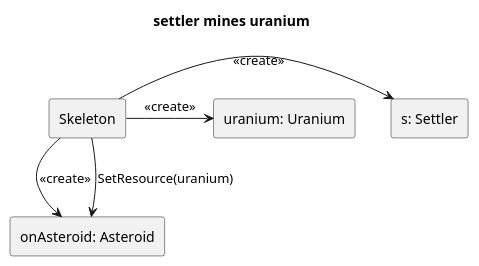
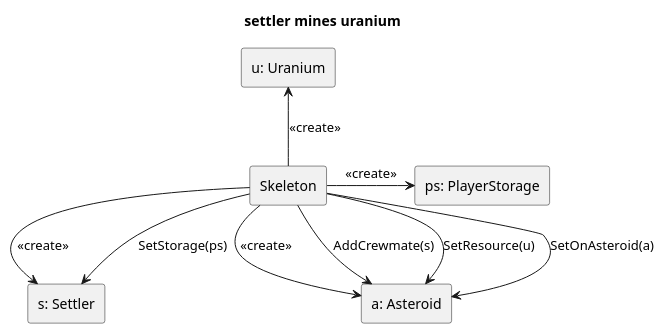
The diagram in uml/plantuml/settler mines uranium/settler mines uranium init.plantuml (triszt4n/projlab_holy_oil), drawn with PlantUML before and after one commit. The commit also changed 11 other files, not shown here.

```diff
--- a/uml/plantuml/settler mines uranium/settler mines uranium init.plantuml
+++ b/uml/plantuml/settler mines uranium/settler mines uranium init.plantuml
@@ -1,19 +1,25 @@
 @startuml
 
 skinparam SequenceLifeLineBackgroundColor LightYellow
 
 title "settler mines uranium"
 
+rectangle "ps: PlayerStorage" as storage
 rectangle "s: Settler" as settler
-rectangle "onAsteroid: Asteroid" as onAsteroid
-rectangle "uranium: Uranium" as uranium
+rectangle "a: Asteroid" as onAsteroid
+
 rectangle "Skeleton" as skeleton
+rectangle "u: Uranium" as uranium
 
 skeleton->settler : <<create>>
 skeleton->onAsteroid: <<create>>
-skeleton->uranium: <<create>>
+skeleton-up->uranium: <<create>>
+skeleton->storage: <<create>>
 
-skeleton-down->onAsteroid: SetResource(uranium)
+skeleton-down->onAsteroid: SetResource(u)
+skeleton->onAsteroid: AddCrewmate(s)
+skeleton-down->onAsteroid: SetOnAsteroid(a)
+skeleton-up->settler: SetStorage(ps)
 
 
 @enduml
```
